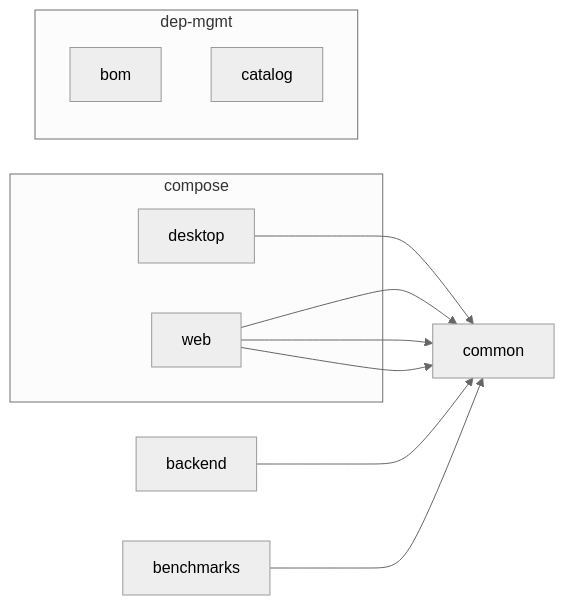
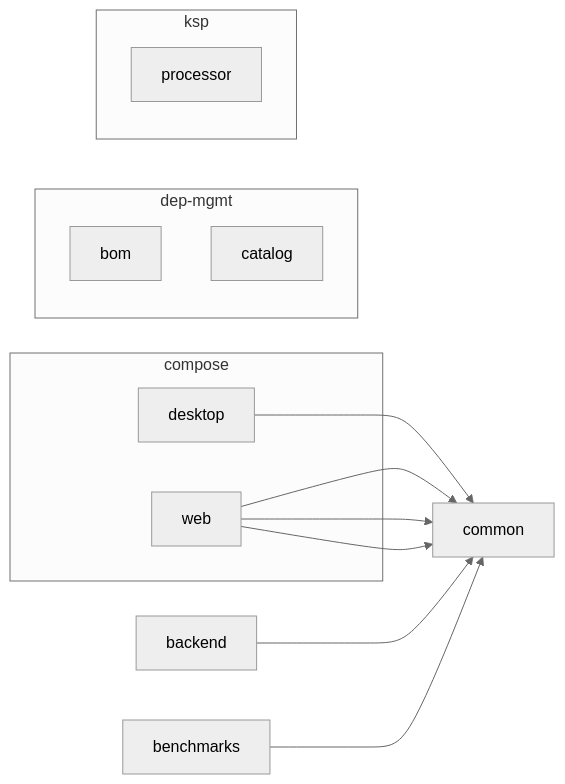
One commit to sureshg/kotlin-mpp-playground changed the diagram in README.md. Above: the diagram before and after it, drawn with Mermaid. The commit also changed 5 other files, not shown here.

Commit message:
chore: ksp processor support

````diff
--- a/README.md
+++ b/README.md
@@ -112,25 +112,28 @@
 ```mermaid
 %%{
   init: {
     'theme': 'neutral'
   }
 }%%
 
 graph LR
 
   subgraph compose
     desktop
     web
   end
   subgraph dep-mgmt
     bom
     catalog
   end
+  subgraph ksp
+    processor
+  end
   web --> common
   web --> common
   desktop --> common
   backend --> common
   web --> common
   benchmarks --> common
 
 ```
````
